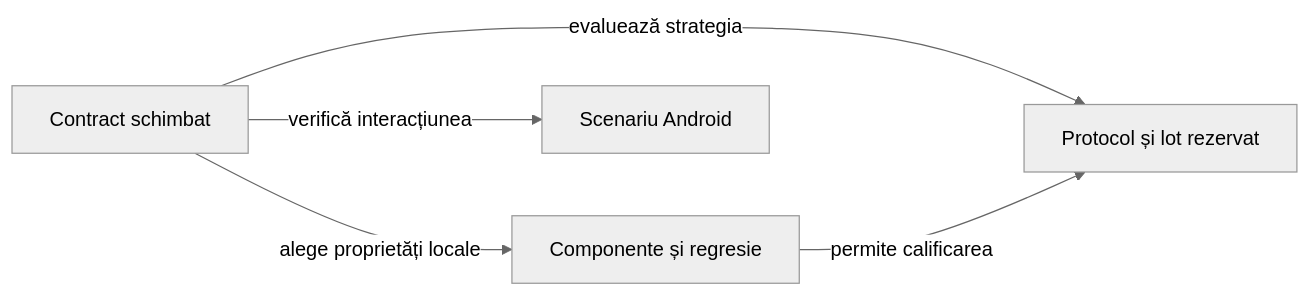
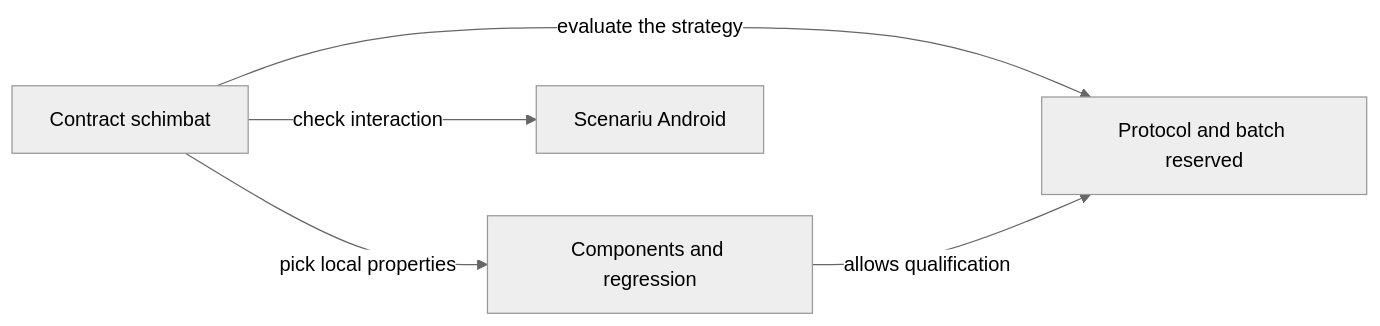
One commit to crististefanita/atf_j4 changed the diagram in docs/testing/ATF_Collections.md. Above: the diagram before and after it, drawn with Mermaid (neutral theme). The commit also changed other lines of this file and 122 other files, not shown here.

````diff
--- a/docs/testing/ATF_Collections.md
+++ b/docs/testing/ATF_Collections.md
@@ -11,7 +11,7 @@
 ```mermaid
 flowchart LR
-    CHANGE[Contract schimbat] -->|alege proprietăți locale| COMPONENT[Componente și regresie]
-    CHANGE -->|evaluează strategia| POLICY[Protocol și lot rezervat]
-    CHANGE -->|verifică interacțiunea| ANDROID[Scenariu Android]
-    COMPONENT -->|permite calificarea| POLICY
+    CHANGE[Contract schimbat] -->|pick local properties| COMPONENT[Components and regression]
+    CHANGE -->|evaluate the strategy| POLICY[Protocol and batch reserved]
+    CHANGE -->|check interaction| ANDROID[Scenariu Android]
+    COMPONENT -->|allows qualification| POLICY
 ```
````
